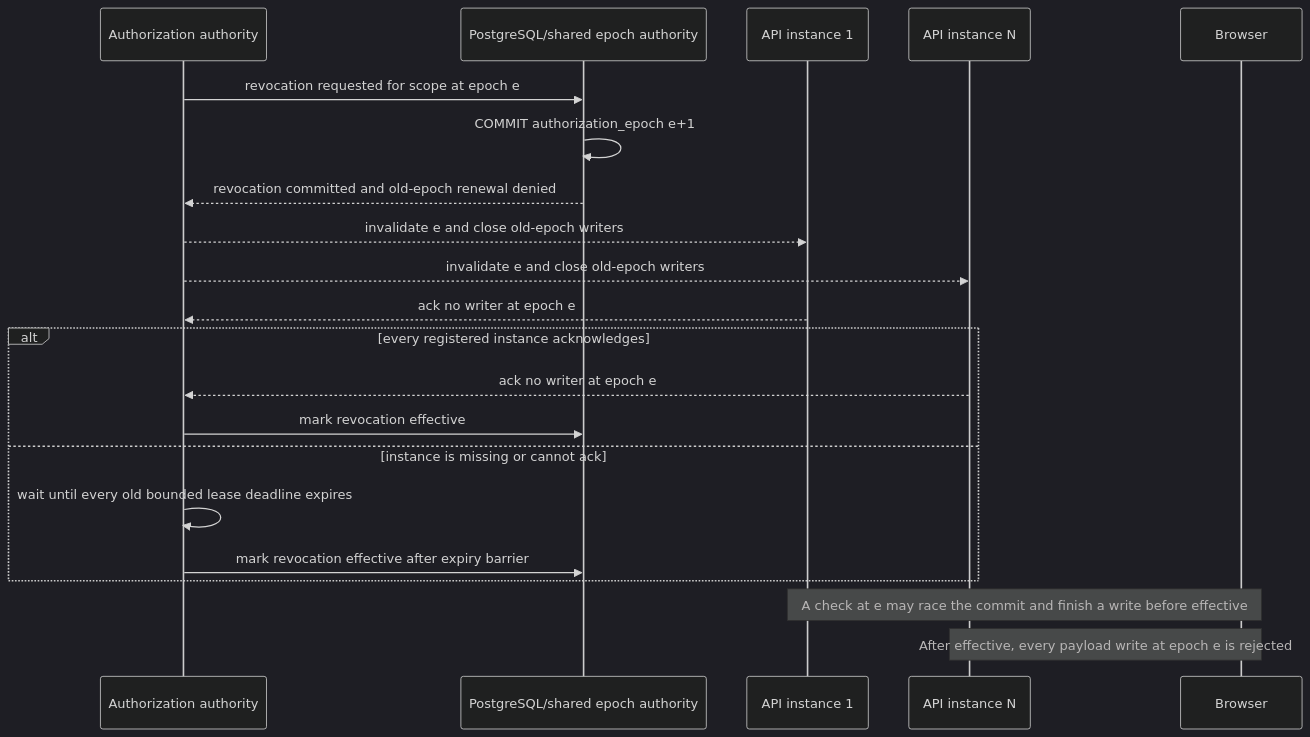
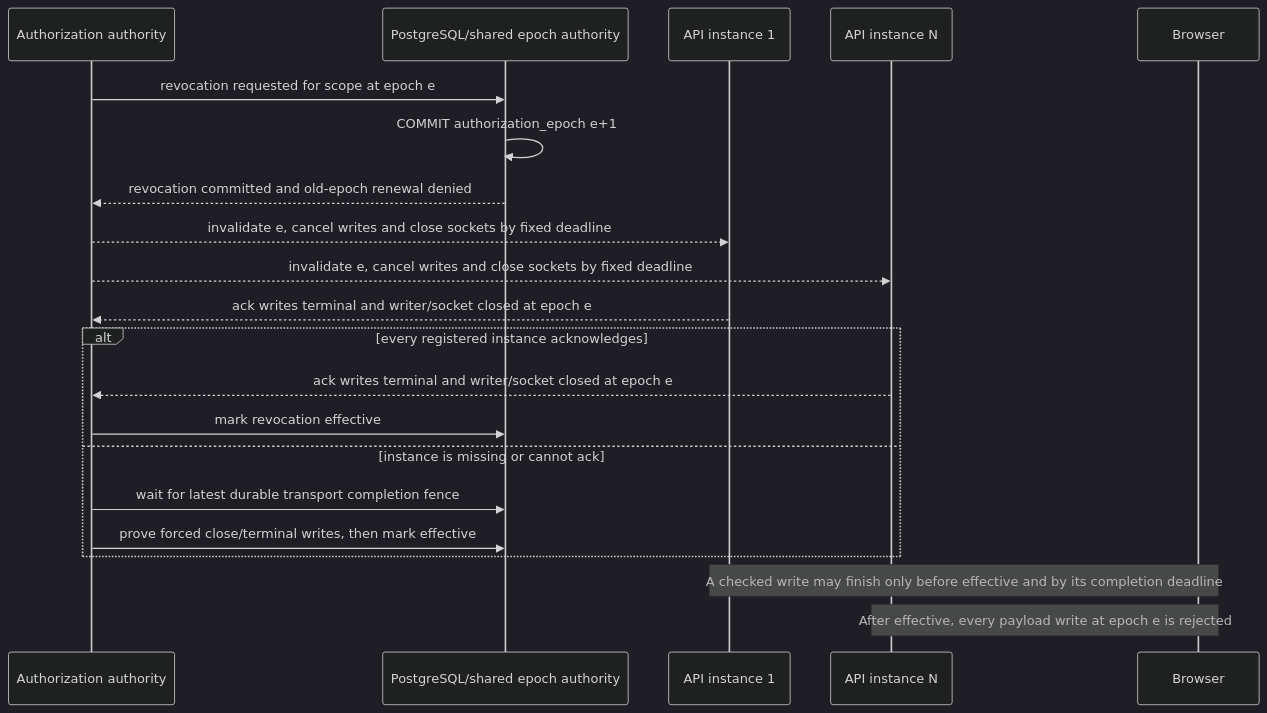
The fourth of 9 diagrams in docs/architecture/redis-streams-sse-event-channel.md (demonsxxxxxx/ai-platform), drawn with Mermaid (dark theme) before and after one commit. The commit also changed other lines of this file and 1 other file, not shown here.

Commit message:
docs: fence in-flight SSE revocation writes

````diff
--- a/docs/architecture/redis-streams-sse-event-channel.md
+++ b/docs/architecture/redis-streams-sse-event-channel.md
@@ -357,24 +358,24 @@
 ```mermaid
 sequenceDiagram
     participant G as Authorization authority
     participant PG as PostgreSQL/shared epoch authority
     participant I1 as API instance 1
     participant I2 as API instance N
     participant B as Browser
 
     G->>PG: revocation requested for scope at epoch e
     PG->>PG: COMMIT authorization_epoch e+1
     PG-->>G: revocation committed and old-epoch renewal denied
-    G-->>I1: invalidate e and close old-epoch writers
-    G-->>I2: invalidate e and close old-epoch writers
-    I1-->>G: ack no writer at epoch e
+    G-->>I1: invalidate e, cancel writes and close sockets by fixed deadline
+    G-->>I2: invalidate e, cancel writes and close sockets by fixed deadline
+    I1-->>G: ack writes terminal and writer/socket closed at epoch e
     alt every registered instance acknowledges
-        I2-->>G: ack no writer at epoch e
+        I2-->>G: ack writes terminal and writer/socket closed at epoch e
         G->>PG: mark revocation effective
     else instance is missing or cannot ack
-        G->>G: wait until every old bounded lease deadline expires
-        G->>PG: mark revocation effective after expiry barrier
+        G->>PG: wait for latest durable transport completion fence
+        G->>PG: prove forced close/terminal writes, then mark effective
     end
-    Note over I1,B: A check at e may race the commit and finish a write before effective
+    Note over I1,B: A checked write may finish only before effective and by its completion deadline
     Note over I2,B: After effective, every payload write at epoch e is rejected
 ```
````
